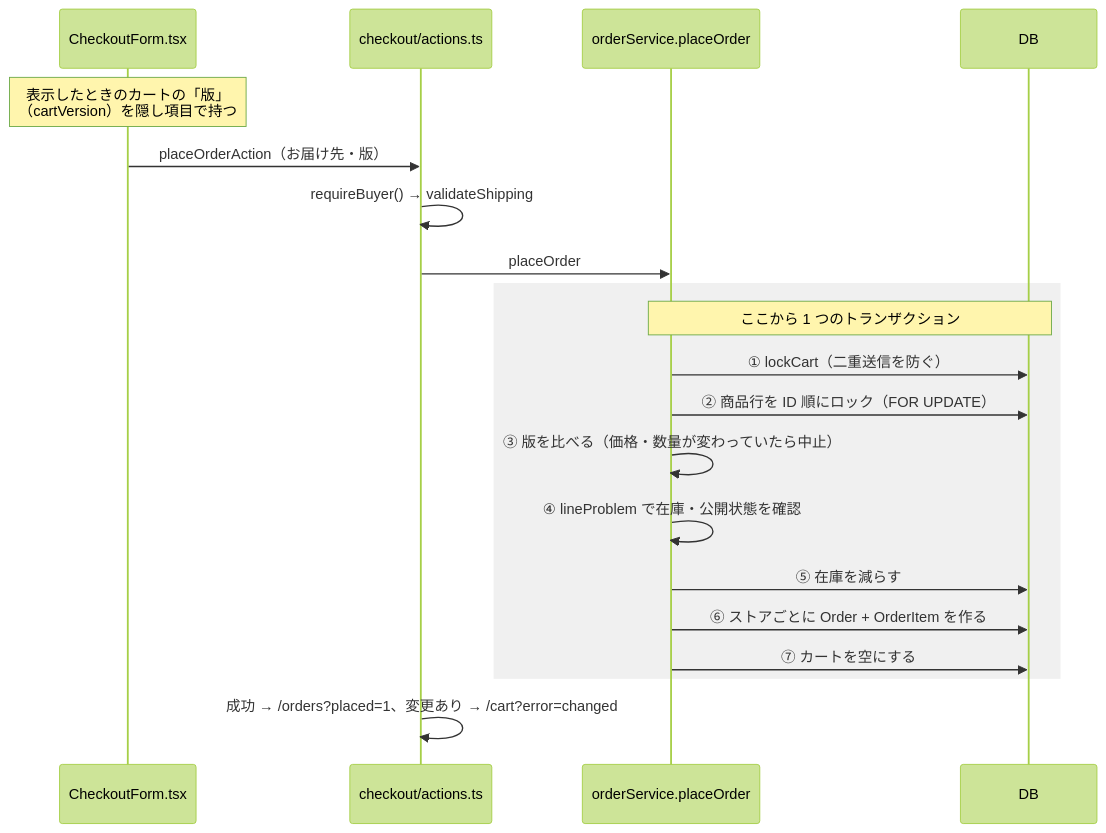
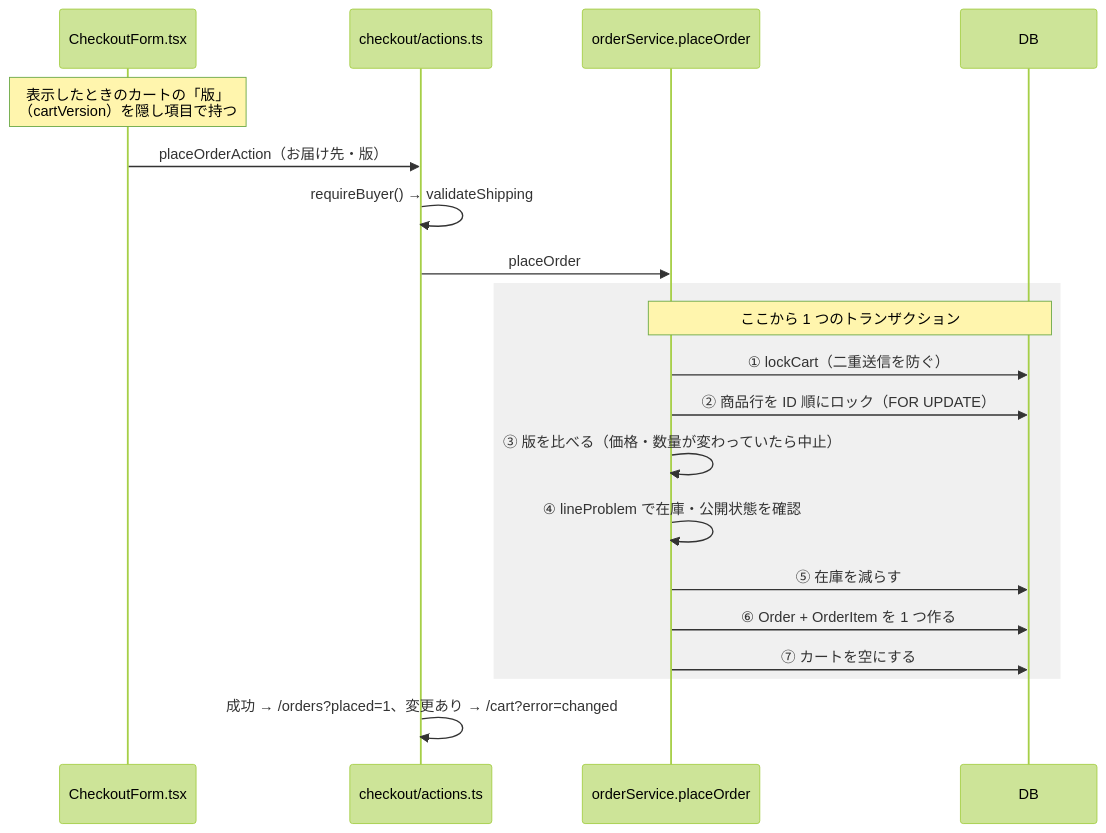
One commit to Sparklingstadt/candy-rain-stores changed the sixth of 8 diagrams in docs/feature-guide.md. Above: the diagram before and after it, drawn with Mermaid (forest theme). The commit also changed other lines of this file and 47 other files, not shown here.

````diff
--- a/docs/feature-guide.md
+++ b/docs/feature-guide.md
@@ -201,22 +204,22 @@
 ```mermaid
 sequenceDiagram
   participant 画面 as CheckoutForm.tsx
   participant 受付 as checkout/actions.ts
   participant サービス as orderService.placeOrder
   participant DB
   Note over 画面: 表示したときのカートの「版」<br/>（cartVersion）を隠し項目で持つ
   画面->>受付: placeOrderAction（お届け先・版）
   受付->>受付: requireBuyer() → validateShipping
   受付->>サービス: placeOrder
   rect rgb(240,240,240)
   Note over サービス,DB: ここから 1 つのトランザクション
   サービス->>DB: ① lockCart（二重送信を防ぐ）
   サービス->>DB: ② 商品行を ID 順にロック（FOR UPDATE）
   サービス->>サービス: ③ 版を比べる（価格・数量が変わっていたら中止）
   サービス->>サービス: ④ lineProblem で在庫・公開状態を確認
   サービス->>DB: ⑤ 在庫を減らす
-  サービス->>DB: ⑥ ストアごとに Order + OrderItem を作る
+  サービス->>DB: ⑥ Order + OrderItem を 1 つ作る
   サービス->>DB: ⑦ カートを空にする
   end
   受付->>受付: 成功 → /orders?placed=1、変更あり → /cart?error=changed
 ```
````
